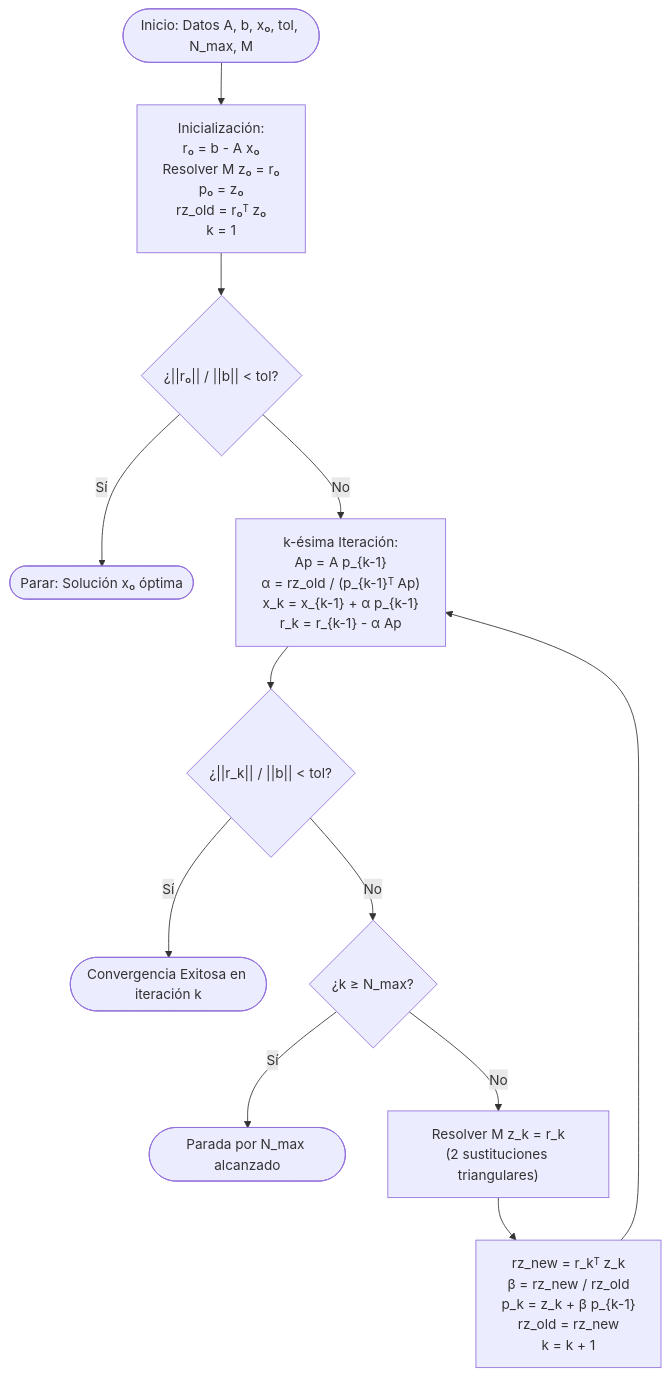
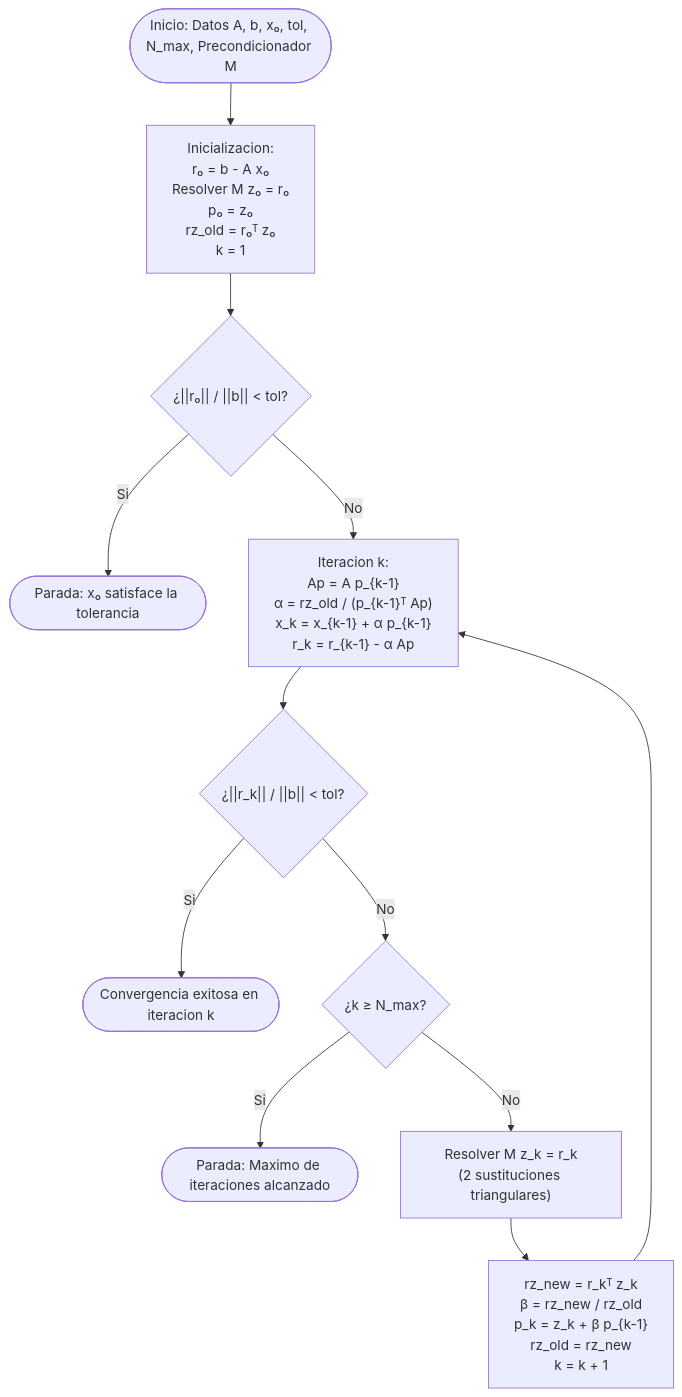
Before and after one commit to panicoal/desafio-metodo_del_gradiente-area_financiera: the diagram in README.md, drawn with Mermaid. The commit also changed other lines of this file and 1 other file, not shown here.

````diff
--- a/README.md
+++ b/README.md
@@ -201,16 +136,16 @@
 ```mermaid
 flowchart TD
-    Start(["Inicio: Datos A, b, x₀, tol, N_max, M"]) --> Init["Inicialización:<br>r₀ = b - A x₀<br>Resolver M z₀ = r₀<br>p₀ = z₀<br>rz_old = r₀ᵀ z₀<br>k = 1"]
+    Start(["Inicio: Datos A, b, x₀, tol, N_max, Precondicionador M"]) --> Init["Inicializacion:<br>r₀ = b - A x₀<br>Resolver M z₀ = r₀<br>p₀ = z₀<br>rz_old = r₀ᵀ z₀<br>k = 1"]
     Init --> CheckTol0{"¿||r₀|| / ||b|| < tol?"}
-    CheckTol0 -- Sí --> StopConverged(["Parar: Solución x₀ óptima"])
-    CheckTol0 -- No --> LoopBody["k-ésima Iteración:<br>Ap = A p_{k-1}<br>α = rz_old / (p_{k-1}ᵀ Ap)<br>x_k = x_{k-1} + α p_{k-1}<br>r_k = r_{k-1} - α Ap"]
+    CheckTol0 -- Si --> Stop0(["Parada: x₀ satisface la tolerancia"])
+    CheckTol0 -- No --> LoopBody["Iteracion k:<br>Ap = A p_{k-1}<br>α = rz_old / (p_{k-1}ᵀ Ap)<br>x_k = x_{k-1} + α p_{k-1}<br>r_k = r_{k-1} - α Ap"]
     
     LoopBody --> CheckTol{"¿||r_k|| / ||b|| < tol?"}
-    CheckTol -- Sí --> StopConvergedSuccess(["Convergencia Exitosa en iteración k"])
+    CheckTol -- Si --> StopSuccess(["Convergencia exitosa en iteracion k"])
     CheckTol -- No --> CheckMax{"¿k ≥ N_max?"}
-    CheckMax -- Sí --> StopMaxIter(["Parada por N_max alcanzado"])
+    CheckMax -- Si --> StopMax(["Parada: Maximo de iteraciones alcanzado"])
     
     CheckMax -- No --> PrecondSolve["Resolver M z_k = r_k<br>(2 sustituciones triangulares)"]
     PrecondSolve --> BetaCalc["rz_new = r_kᵀ z_k<br>β = rz_new / rz_old<br>p_k = z_k + β p_{k-1}<br>rz_old = rz_new<br>k = k + 1"]
     BetaCalc --> LoopBody
 ```
````
